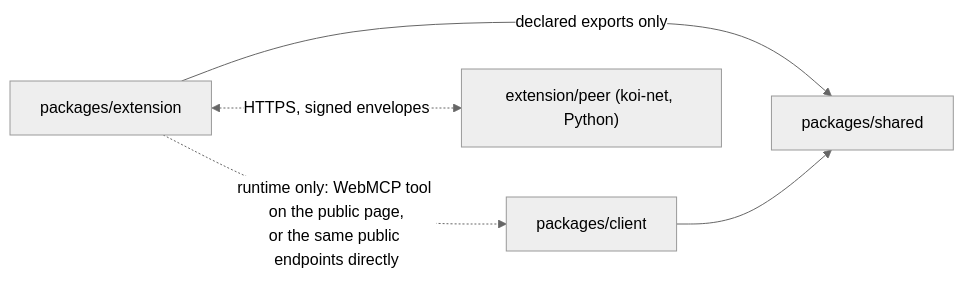
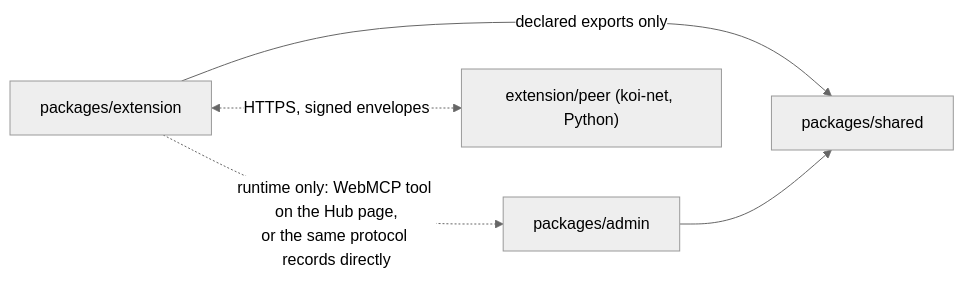
The first of 6 diagrams in .plans/ideas/grove/prototype-architecture.md (greenpill-dev-guild/green-goods), drawn with Mermaid (neutral theme) before and after one commit. The commit also changed other lines of this file and 3 other files, not shown here.

First line of the commit message:
docs(plans): move the Grove connection surface to the Admin Hub

````diff
--- a/.plans/ideas/grove/prototype-architecture.md
+++ b/.plans/ideas/grove/prototype-architecture.md
@@ -19,7 +19,7 @@
 ```mermaid
 flowchart LR
   EXT["packages/extension"] -->|"declared exports only"| SH["packages/shared"]
-  CL["packages/client"] --> SH
-  EXT -.->|"runtime only: WebMCP tool on the public page,<br/>or the same public endpoints directly"| CL
+  AD["packages/admin"] --> SH
+  EXT -.->|"runtime only: WebMCP tool on the Hub page,<br/>or the same protocol records directly"| AD
   EXT <-.->|"HTTPS, signed envelopes"| PEER["extension/peer (koi-net, Python)"]
 ```
````
